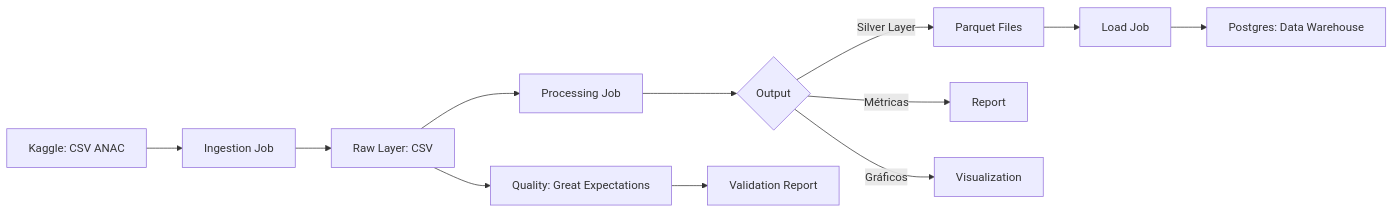
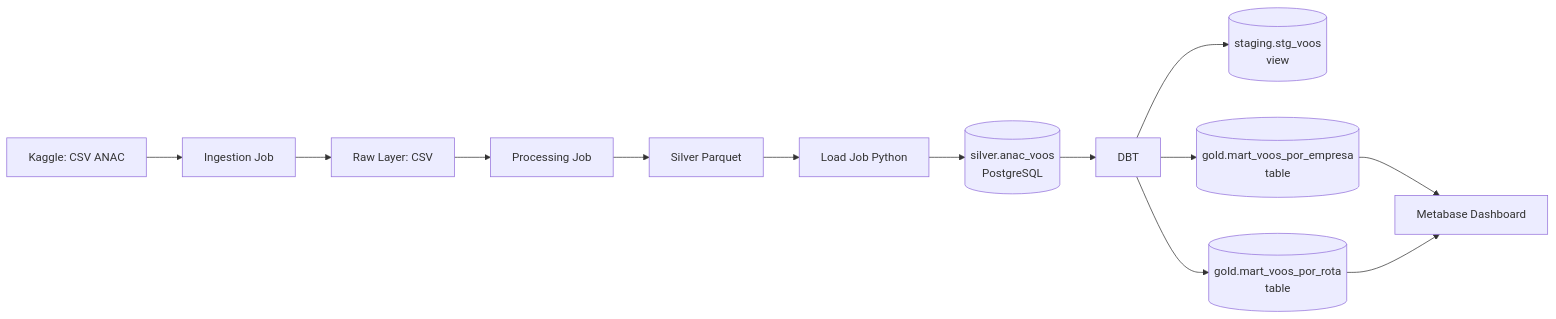
The diagram in README.md (gustavocn121/Lab02_18106196), drawn with Mermaid before and after one commit. The commit also changed other lines of this file and 2 other files, not shown here.

````diff
--- a/README.md
+++ b/README.md
@@ -14,14 +15,15 @@
 ```mermaid
 flowchart LR
     A[Kaggle: CSV ANAC] --> B[Ingestion Job]
     B --> C[Raw Layer: CSV]
     C --> D[Processing Job]
-    D --> E{Output}
-    E -->|Silver Layer| F[Parquet Files]
-    E -->|Métricas| G[Report]
-    E -->|Gráficos| H[Visualization]
-    F --> I[Load Job]
-    I --> J[Postgres: Data Warehouse]
-    C --> K[Quality: Great Expectations]
-    K --> L[Validation Report]
+    D --> E[Silver Parquet]
+    E --> F[Load Job Python]
+    F --> G[(silver.anac_voos\nPostgreSQL)]
+    G --> H[DBT]
+    H --> I[(staging.stg_voos\nview)]
+    H --> J[(gold.mart_voos_por_empresa\ntable)]
+    H --> K[(gold.mart_voos_por_rota\ntable)]
+    J --> L[Metabase Dashboard]
+    K --> L
 ```
````
